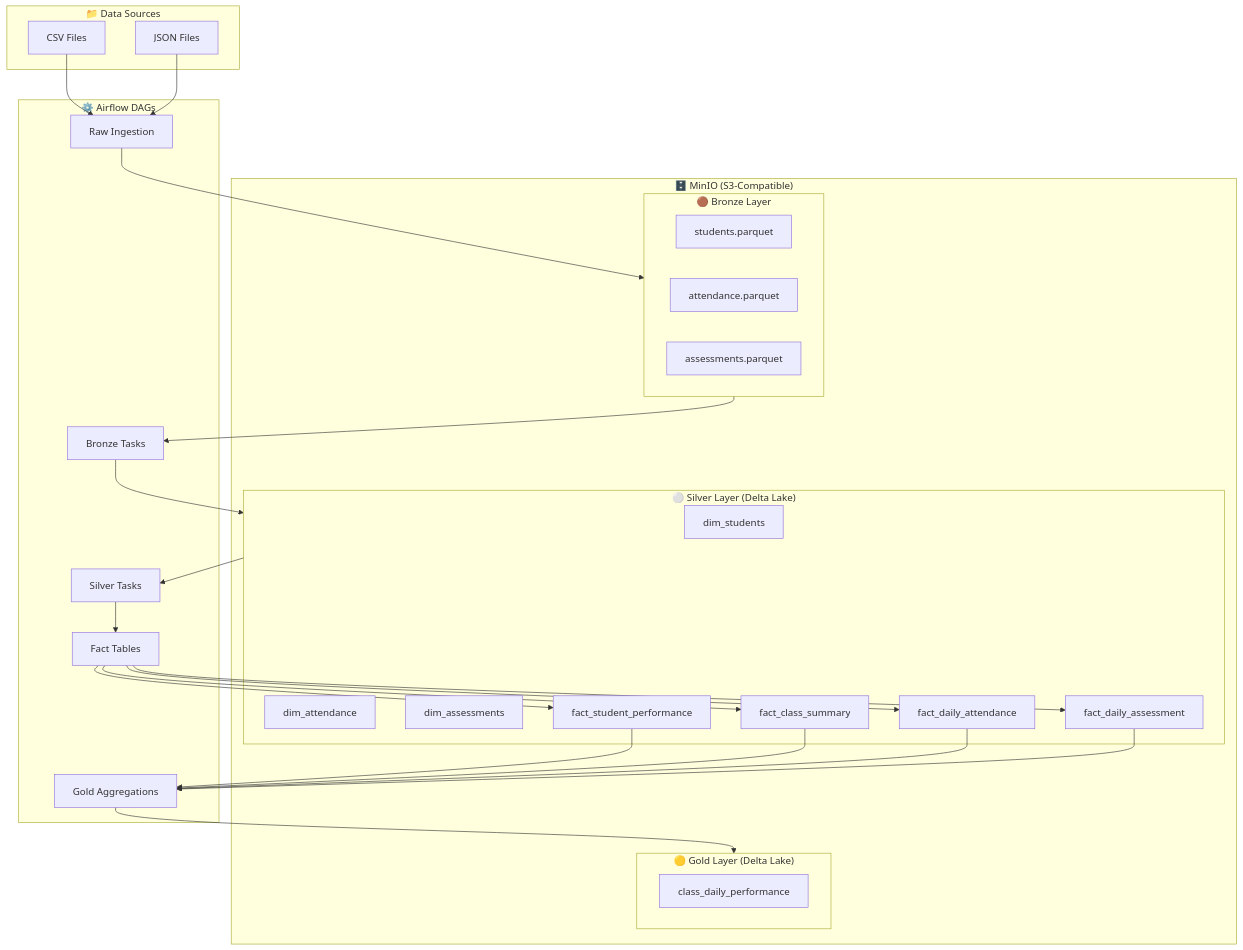
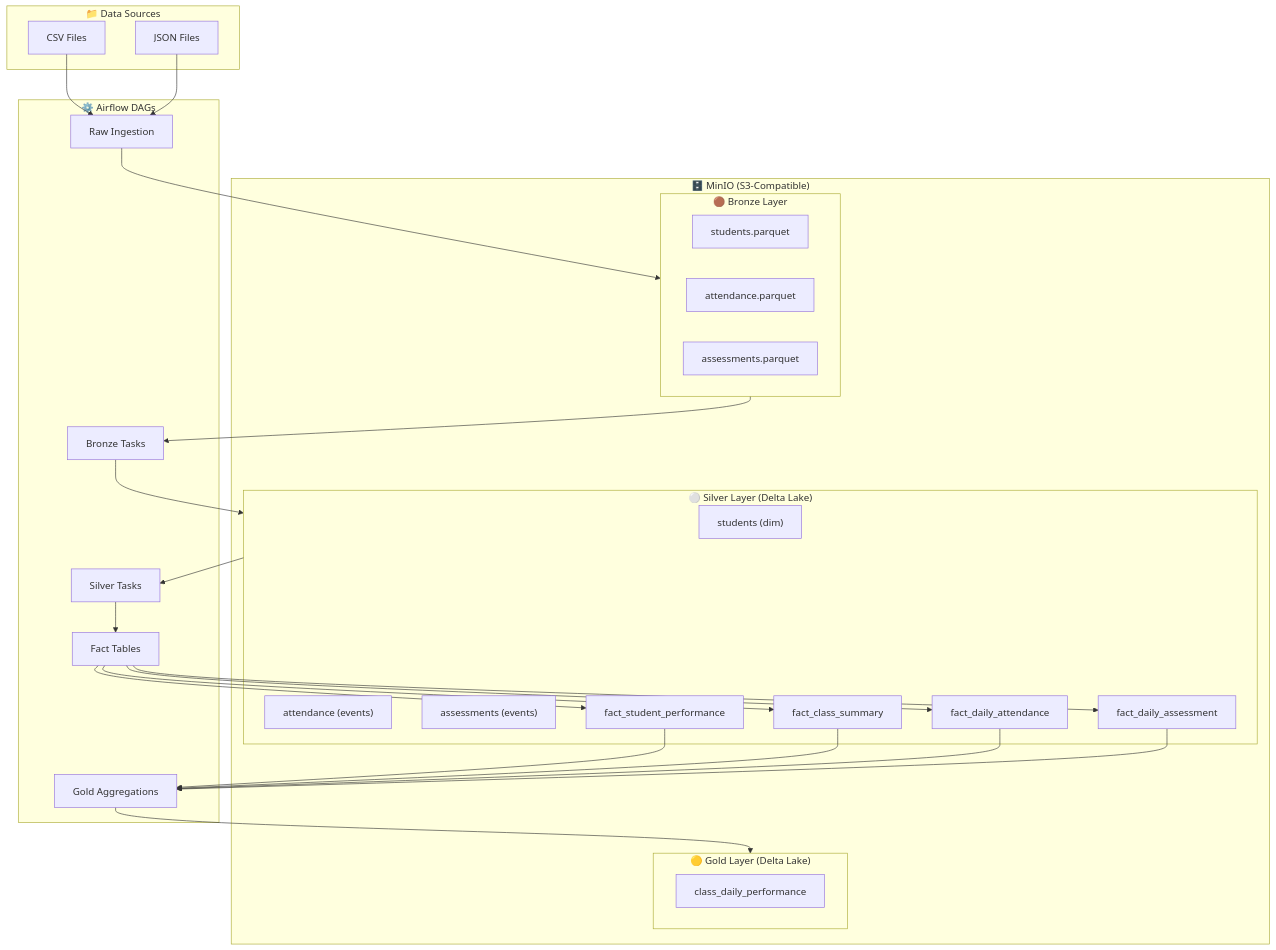
One commit to abduldjafar/optask changed the first of 2 diagrams in README.md. Above: the diagram before and after it, drawn with Mermaid. The commit also changed other lines of this file, not shown here.

````diff
--- a/README.md
+++ b/README.md
@@ -28,45 +28,45 @@
 ```mermaid
 flowchart TD
     subgraph Sources["📁 Data Sources"]
         CSV["CSV Files"]
         JSON["JSON Files"]
     end
 
     subgraph Storage["🗄️ MinIO (S3-Compatible)"]
         subgraph Bronze["🟤 Bronze Layer"]
             B1["students.parquet"]
             B2["attendance.parquet"]
             B3["assessments.parquet"]
         end
 
         subgraph Silver["⚪ Silver Layer (Delta Lake)"]
-            S1["dim_students"]
-            S2["dim_attendance"]
-            S3["dim_assessments"]
+            S1["students (dim)"]
+            S2["attendance (events)"]
+            S3["assessments (events)"]
             S4["fact_student_performance"]
             S5["fact_class_summary"]
             S6["fact_daily_attendance"]
             S7["fact_daily_assessment"]
         end
 
         subgraph Gold["🟡 Gold Layer (Delta Lake)"]
             G1["class_daily_performance"]
         end
     end
 
     subgraph Processing["⚙️ Airflow DAGs"]
         Raw["Raw Ingestion"]
         BronzeTasks["Bronze Tasks"]
         SilverTasks["Silver Tasks"]
         FactTasks["Fact Tables"]
         GoldTasks["Gold Aggregations"]
     end
 
     CSV --> Raw
     JSON --> Raw
     Raw --> Bronze
     Bronze --> BronzeTasks --> Silver
     Silver --> SilverTasks
     SilverTasks --> FactTasks --> S4 & S5 & S6 & S7
     S4 & S5 & S6 & S7 --> GoldTasks --> Gold
 ```
````
